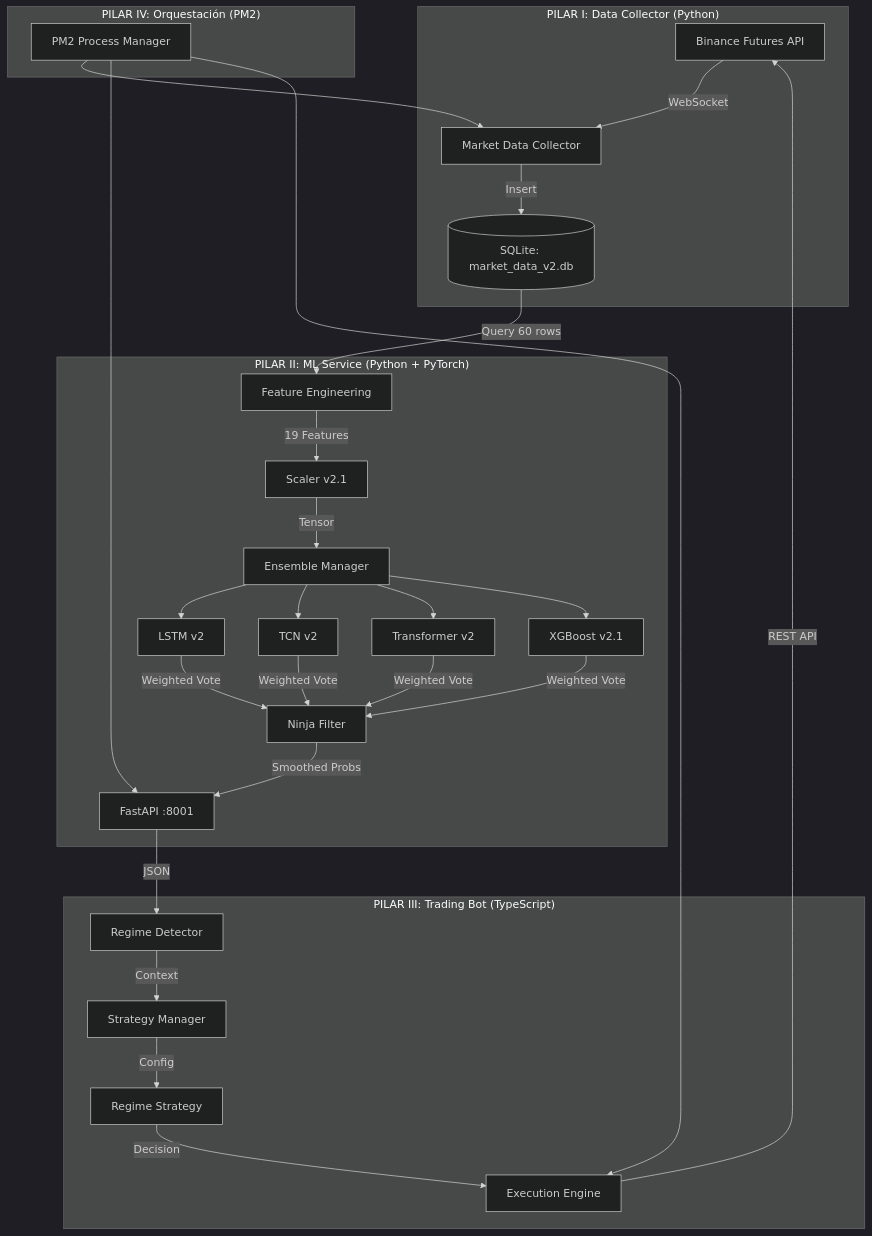
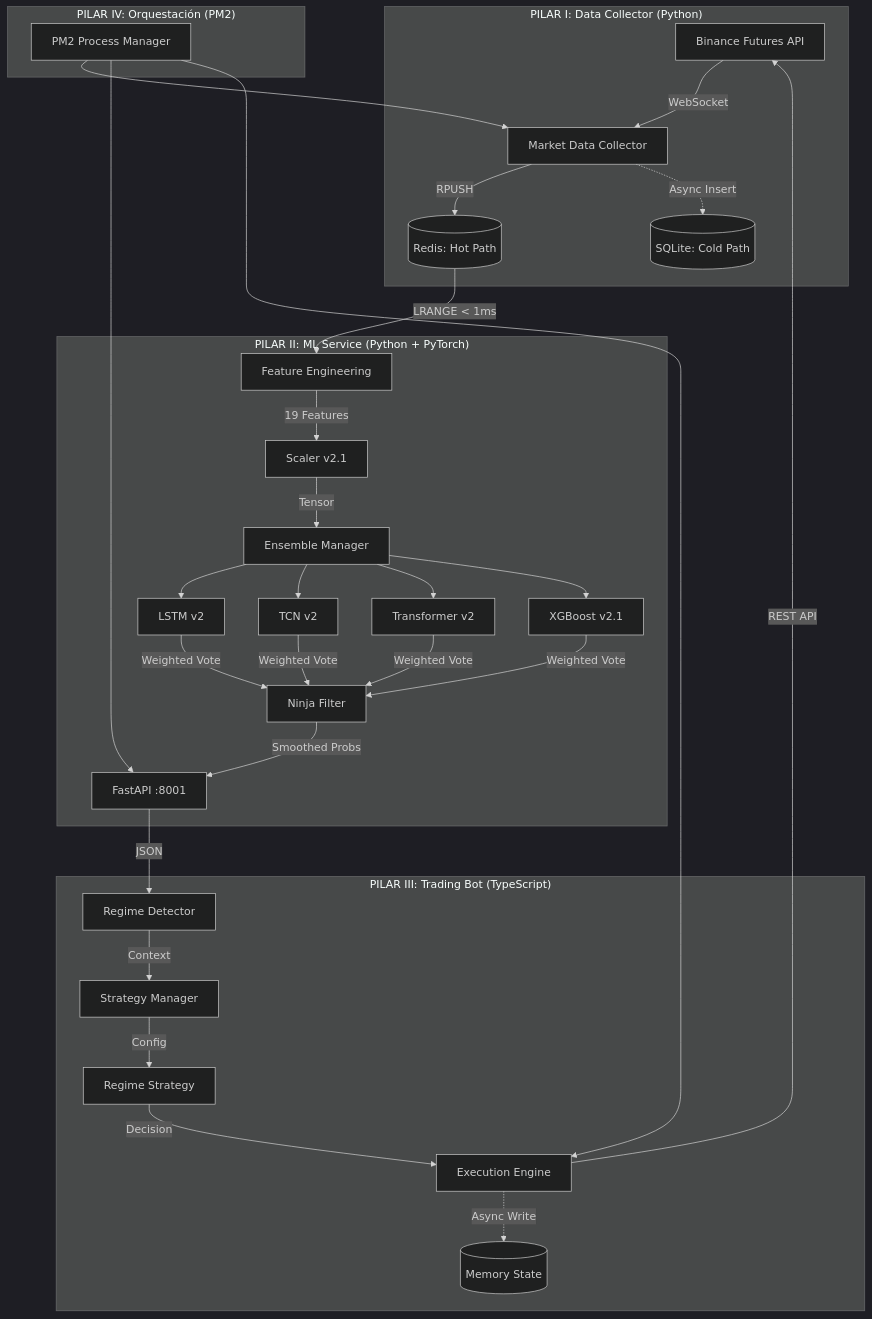
Before and after one commit to jasanhdz/trading_system: the diagram in system_whitepaper.md, drawn with Mermaid (dark theme). The commit also changed other lines of this file and 9 other files, not shown here.

````diff
--- a/system_whitepaper.md
+++ b/system_whitepaper.md
@@ -29,34 +30,36 @@
 ```mermaid
 graph TD
     subgraph "PILAR I: Data Collector (Python)"
         API[Binance Futures API] -->|WebSocket| DC[Market Data Collector]
-        DC -->|Insert| DB[(SQLite: market_data_v2.db)]
+        DC -->|RPUSH| REDIS[(Redis: Hot Path)]
+        DC -.->|Async Insert| DB[(SQLite: Cold Path)]
     end
     
     subgraph "PILAR II: ML Service (Python + PyTorch)"
-        DB -->|Query 60 rows| FE[Feature Engineering]
+        REDIS -->|LRANGE < 1ms| FE[Feature Engineering]
         FE -->|19 Features| SC[Scaler v2.1]
         SC -->|Tensor| ENS[Ensemble Manager]
         ENS --> LSTM[LSTM v2]
         ENS --> TCN[TCN v2]
         ENS --> TRF[Transformer v2]
         ENS --> XGB[XGBoost v2.1]
         LSTM & TCN & TRF & XGB -->|Weighted Vote| NF[Ninja Filter]
         NF -->|Smoothed Probs| HTTP[FastAPI :8001]
     end
     
     subgraph "PILAR III: Trading Bot (TypeScript)"
         HTTP -->|JSON| RD[Regime Detector]
         RD -->|Context| SM[Strategy Manager]
         SM -->|Config| RS[Regime Strategy]
         RS -->|Decision| EE[Execution Engine]
         EE -->|REST API| API
+        EE -.->|Async Write| STATE[(Memory State)]
     end
     
     subgraph "PILAR IV: Orquestación (PM2)"
         PM2[PM2 Process Manager]
         PM2 --> DC
         PM2 --> HTTP
         PM2 --> EE
     end
 ```
````
